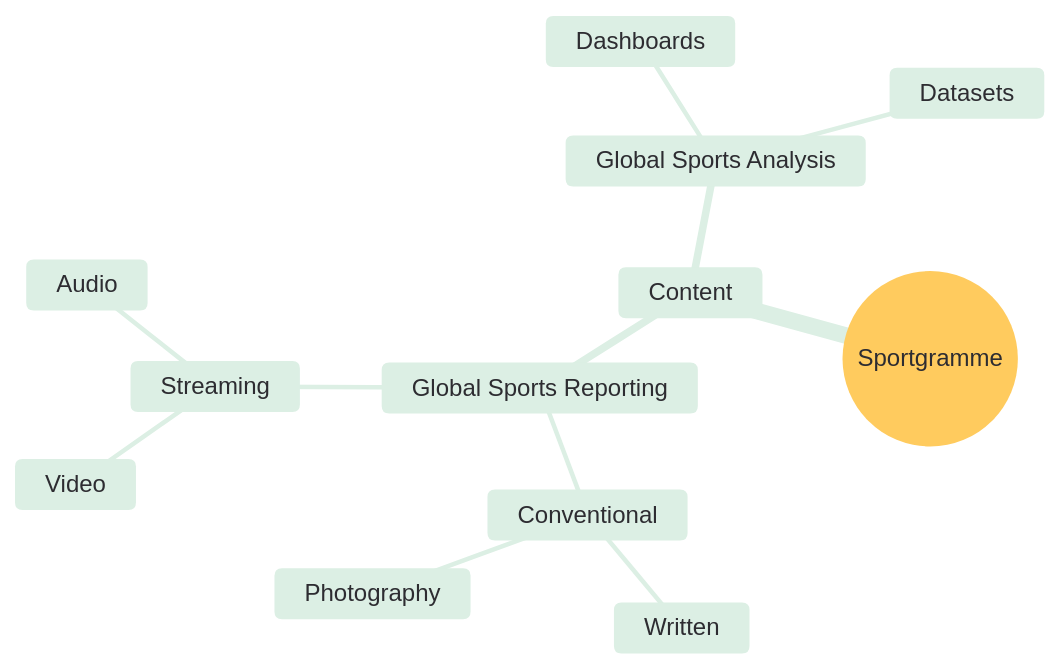
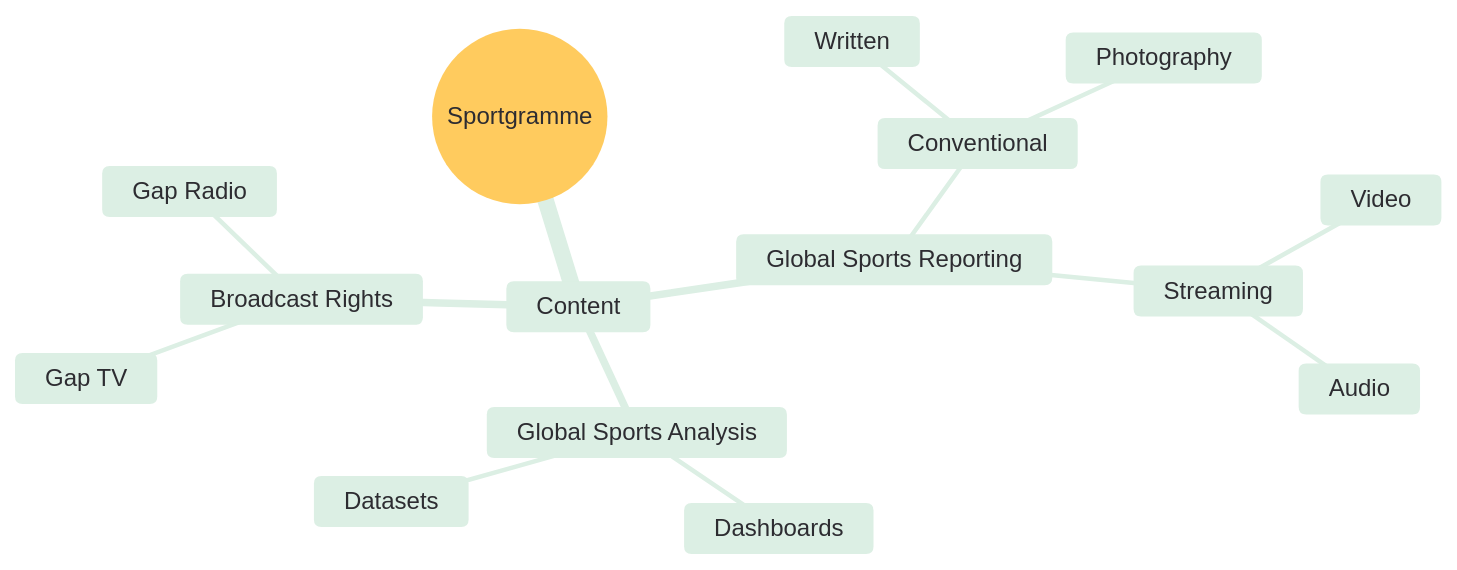
The diagram in Business Models/The Content Model.md (sportgramme/.github), drawn with Mermaid before and after one commit.

Commit message:
Add Broadcast Rights section to Content Model
Added section for Broadcast Rights including Gap TV and Gap Radio.

````diff
--- a/Business Models/The Content Model.md
+++ b/Business Models/The Content Model.md
@@ -2,55 +2,60 @@
 ```mermaid
 
 %%{init: {
   "theme": "base",
   "themeVariables": {
     "background": "#FFFFFF",
 
     "cScale0": "#2D2C31",
     "cScale0Text": "#FFFFFF",
 
     "cScale1": "#DCEFE4",
     "cScale1Text": "#2D2C31",
 
     "cScale2": "#C4E2D0",
     "cScale2Text": "#2D2C31",
 
     "cScale3": "#A6CFB6",
     "cScale3Text": "#2D2C31",
 
     "cScale4": "#EAF5EE",
     "cScale4Text": "#2D2C31",
 
     "lineColor": "#477A5C",
     "textColor": "#2D2C31",
     "primaryTextColor": "#2D2C31",
     "fontFamily": "Arial, Helvetica, sans-serif"
   }
 }}%%
 
 mindmap
   root((Sportgramme))
 
     Content
 
       Global Sports Reporting
 
         Conventional
 
           Written
 
           Photography
 
         Streaming
 
           Video
 
           Audio
 
       Global Sports Analysis
 
         Dashboards
 
         Datasets
 
+      Broadcast Rights
+        Gap TV
+
+        Gap Radio
+
 ```
````
